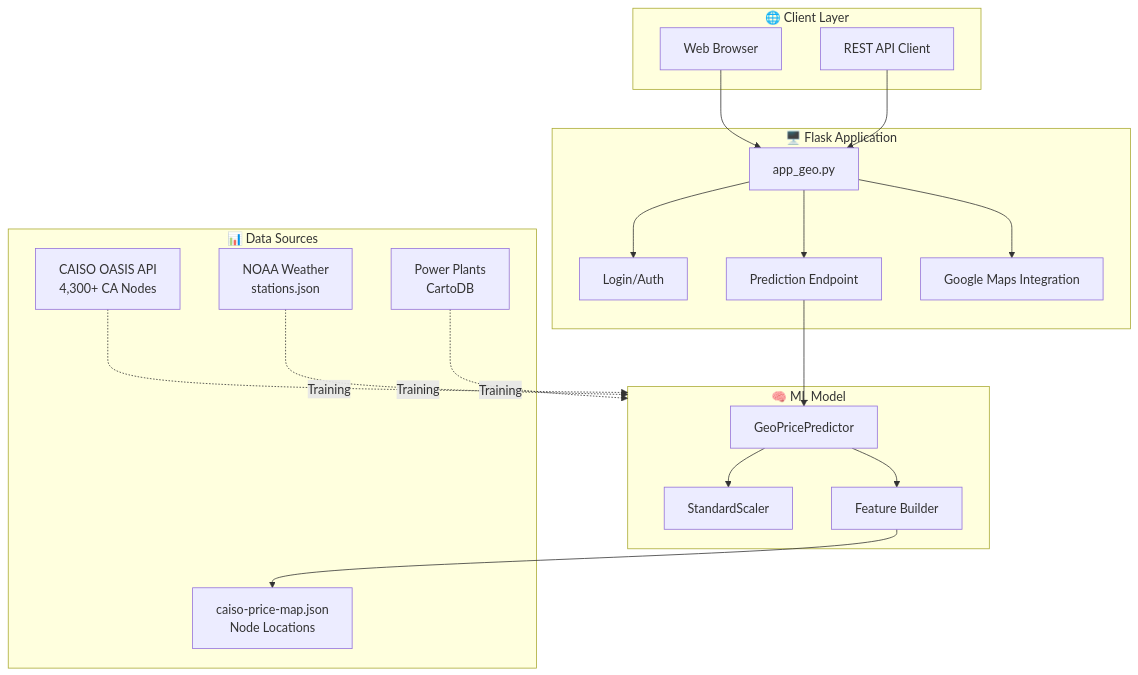
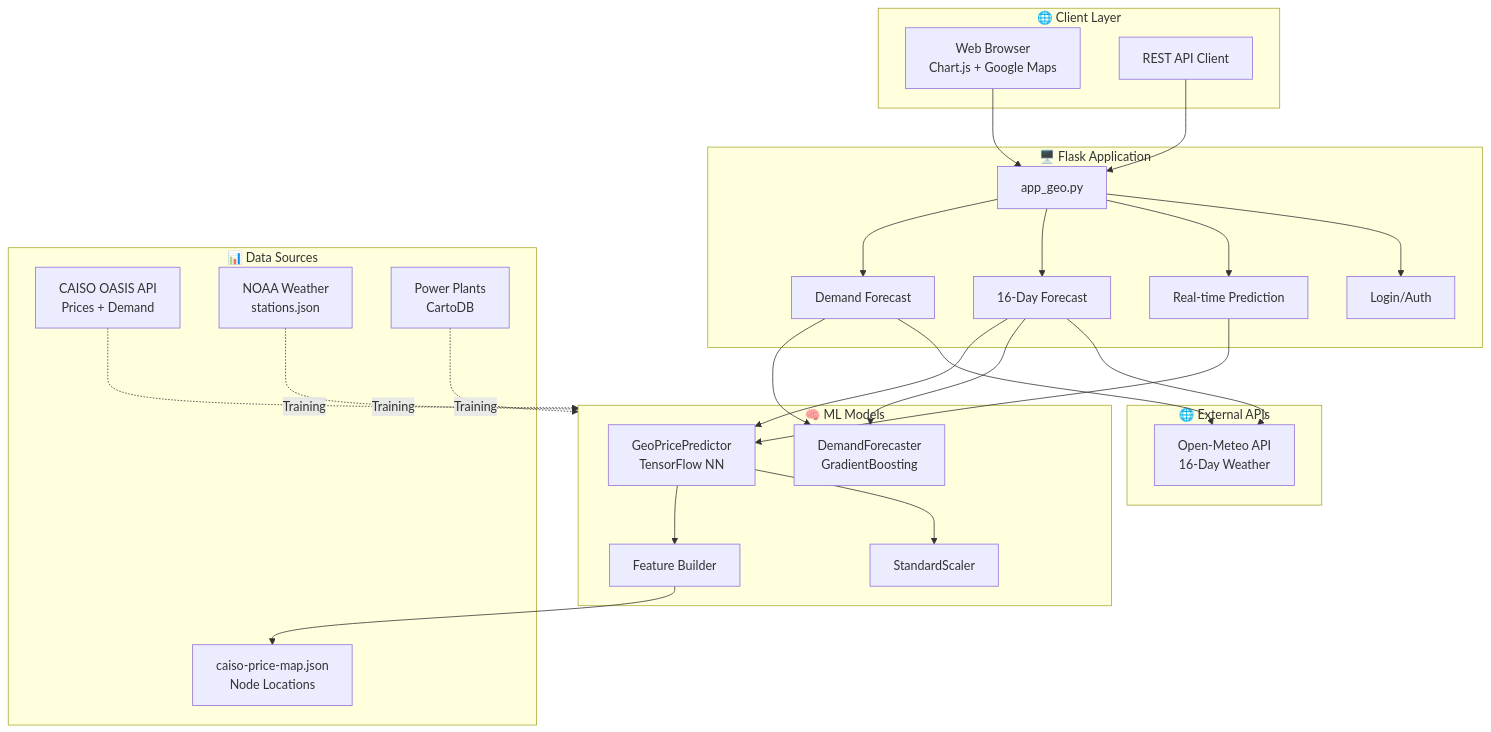
Before and after one commit to nicechester/smart-grid-prediction: the first of 3 diagrams in README.md, drawn with Mermaid. The commit also changed other lines of this file and 4 other files, not shown here.

````diff
--- a/README.md
+++ b/README.md
@@ -46,41 +60,53 @@
 ```mermaid
 flowchart TB
     subgraph Client["🌐 Client Layer"]
-        Browser["Web Browser"]
+        Browser["Web Browser<br/>Chart.js + Google Maps"]
         API["REST API Client"]
     end
     
     subgraph App["🖥️ Flask Application"]
         AppGeo["app_geo.py"]
         Login["Login/Auth"]
-        Predict["Prediction Endpoint"]
-        Maps["Google Maps Integration"]
+        Predict["Real-time Prediction"]
+        Forecast["16-Day Forecast"]
+        DemandAPI["Demand Forecast"]
     end
     
-    subgraph Model["🧠 ML Model"]
-        GeoPredictor["GeoPricePredictor"]
+    subgraph Model["🧠 ML Models"]
+        GeoPredictor["GeoPricePredictor<br/>TensorFlow NN"]
+        DemandModel["DemandForecaster<br/>GradientBoosting"]
         Scaler["StandardScaler"]
         Features["Feature Builder"]
     end
     
+    subgraph External["🌐 External APIs"]
+        OpenMeteo["Open-Meteo API<br/>16-Day Weather"]
+    end
+    
     subgraph Data["📊 Data Sources"]
-        CAISO["CAISO OASIS API\n4,300+ CA Nodes"]
-        NOAA["NOAA Weather\nstations.json"]
-        Plants["Power Plants\nCartoDB"]
-        Nodes["caiso-price-map.json\nNode Locations"]
+        CAISO["CAISO OASIS API<br/>Prices + Demand"]
+        NOAA["NOAA Weather<br/>stations.json"]
+        Plants["Power Plants<br/>CartoDB"]
+        Nodes["caiso-price-map.json<br/>Node Locations"]
     end
     
     Browser --> AppGeo
     API --> AppGeo
     AppGeo --> Login
     AppGeo --> Predict
-    AppGeo --> Maps
+    AppGeo --> Forecast
+    AppGeo --> DemandAPI
     Predict --> GeoPredictor
+    Forecast --> OpenMeteo
+    Forecast --> DemandModel
+    Forecast --> GeoPredictor
+    DemandAPI --> OpenMeteo
+    DemandAPI --> DemandModel
     GeoPredictor --> Scaler
     GeoPredictor --> Features
     Features --> Nodes
     
     CAISO -.->|Training| Model
     NOAA -.->|Training| Model
     Plants -.->|Training| Model
 ```
````
